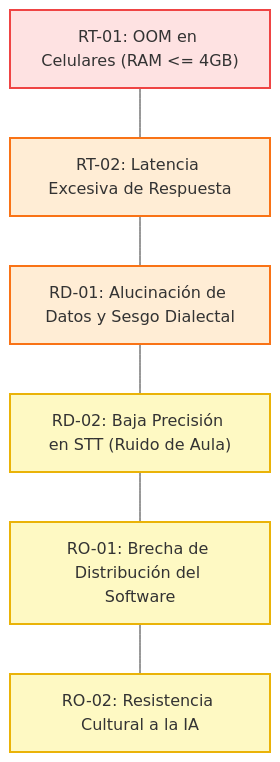
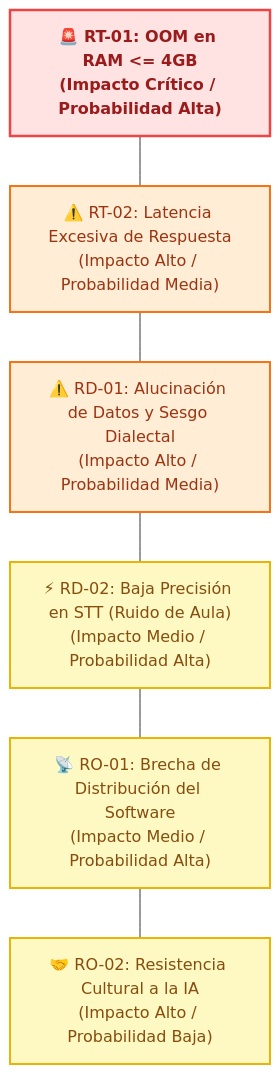
One commit to jhanslarico11/Perfil-de-Egreso changed the fourth of 4 diagrams in docs/ChristianRafaelMamaniCallata/entregable1.md. Above: the diagram before and after it, drawn with Mermaid. The commit also changed other lines of this file and 4 other files, not shown here.

Commit message:
Personalización visual y estilización de los diagramas Mermaid

````diff
--- a/docs/ChristianRafaelMamaniCallata/entregable1.md
+++ b/docs/ChristianRafaelMamaniCallata/entregable1.md
@@ -266,20 +269,19 @@
 ```mermaid
 graph TD
-    %% Clasificación de criticidad
-    classDef crit fill:#fee2e2,stroke:#ef4444,stroke-width:2px;
-    classDef high fill:#ffedd5,stroke:#f97316,stroke-width:2px;
-    classDef med fill:#fef9c3,stroke:#eab308,stroke-width:2px;
+    classDef crit fill:#ffe2e2,stroke:#ef4444,stroke-width:2.5px,color:#991b1b,font-weight:bold;
+    classDef high fill:#ffedd5,stroke:#f97316,stroke-width:2px,color:#9a3412;
+    classDef med fill:#fef9c3,stroke:#eab308,stroke-width:2px,color:#854d0e;
 
-    R1["RT-01: OOM en Celulares (RAM <= 4GB)"]:::crit
-    R2["RT-02: Latencia Excesiva de Respuesta"]:::high
-    R3["RD-01: Alucinación de Datos y Sesgo Dialectal"]:::high
-    R4["RD-02: Baja Precisión en STT (Ruido de Aula)"]:::med
-    R5["RO-01: Brecha de Distribución del Software"]:::med
-    R6["RO-02: Resistencia Cultural a la IA"]:::med
+    R1["🚨 RT-01: OOM en RAM <= 4GB<br>(Impacto Crítico / Probabilidad Alta)"]:::crit
+    R2["⚠️ RT-02: Latencia Excesiva de Respuesta<br>(Impacto Alto / Probabilidad Media)"]:::high
+    R3["⚠️ RD-01: Alucinación de Datos y Sesgo Dialectal<br>(Impacto Alto / Probabilidad Media)"]:::high
+    R4["⚡ RD-02: Baja Precisión en STT (Ruido de Aula)<br>(Impacto Medio / Probabilidad Alta)"]:::med
+    R5["📡 RO-01: Brecha de Distribución del Software<br>(Impacto Medio / Probabilidad Alta)"]:::med
+    R6["🤝 RO-02: Resistencia Cultural a la IA<br>(Impacto Alto / Probabilidad Baja)"]:::med
 
     R1 --- R2
     R2 --- R3
     R3 --- R4
     R4 --- R5
     R5 --- R6
 ```
````
